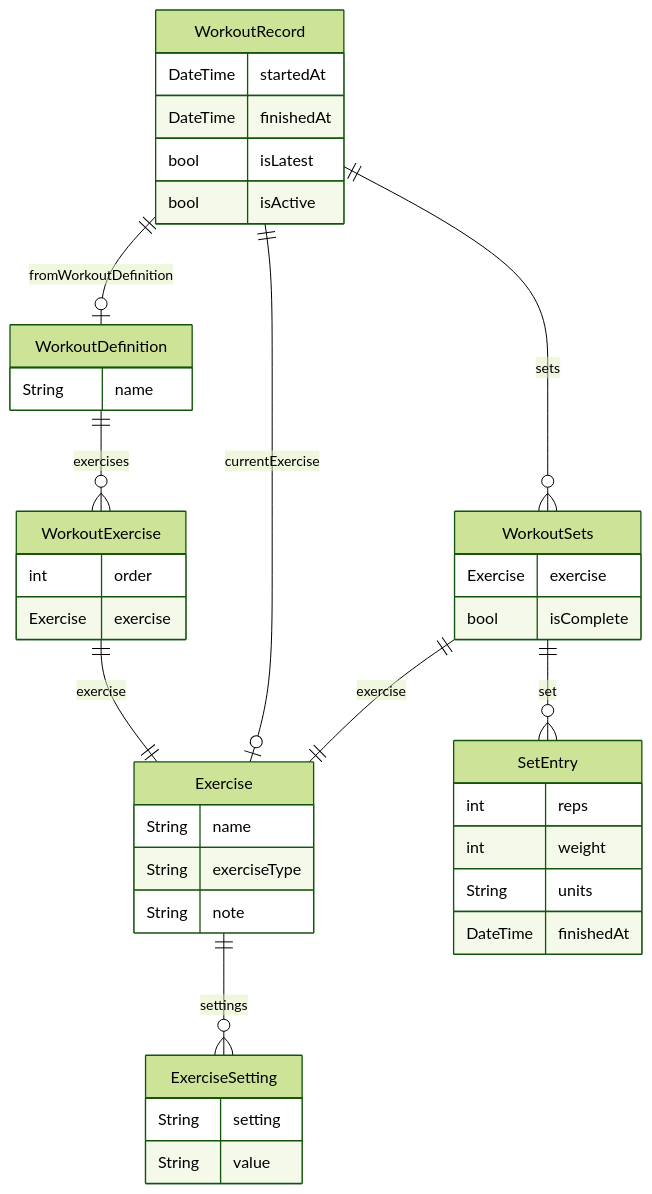
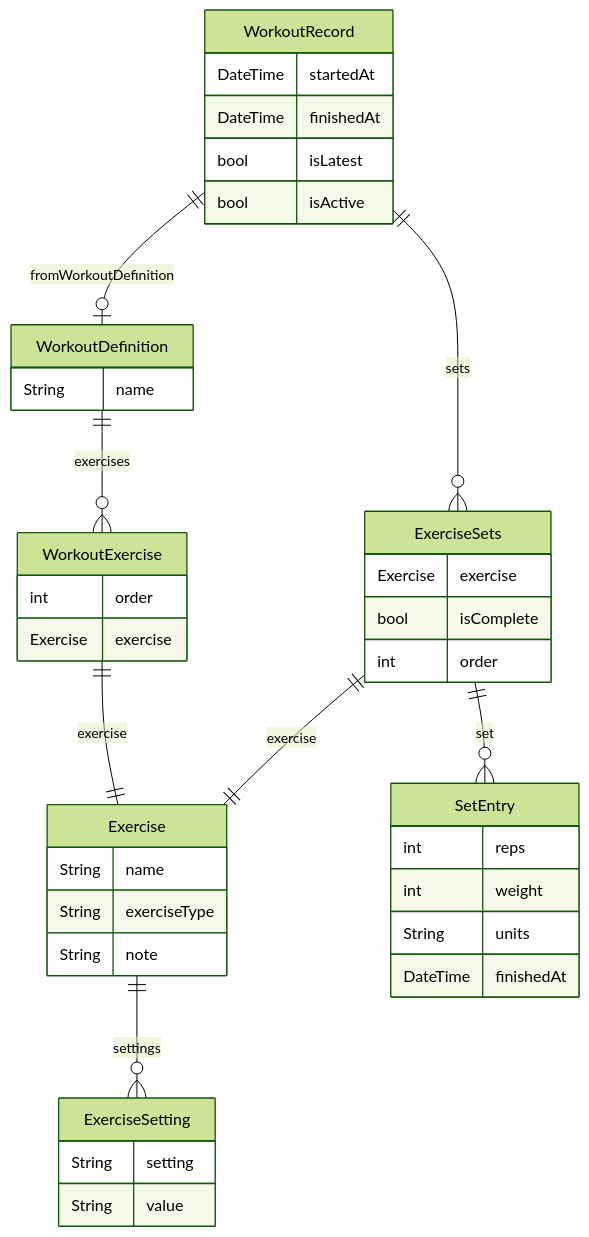
One commit to colin-young/workout-tracker changed the first of 2 diagrams in classes.md. Above: the diagram before and after it, drawn with Mermaid. The commit also changed 22 other files, not shown here.

````diff
--- a/classes.md
+++ b/classes.md
@@ -3,58 +3,58 @@
 ```mermaid
 ---
 config:
   theme: forest
   er:
     layoutDirection: TB
 ---
 erDiagram
 
     Exercise ||--o{ ExerciseSetting : settings
     WorkoutExercise ||--|| Exercise : exercise
     WorkoutDefinition ||--o{ WorkoutExercise : exercises
-    WorkoutSets ||--|| Exercise : exercise
-    WorkoutSets ||--o{ SetEntry : set
+    ExerciseSets ||--|| Exercise : exercise
+    ExerciseSets ||--o{ SetEntry : set
     WorkoutRecord ||--o| WorkoutDefinition : fromWorkoutDefinition
-    WorkoutRecord ||--o| Exercise : currentExercise
-    WorkoutRecord ||--o{ WorkoutSets : sets
+    WorkoutRecord ||--o{ ExerciseSets : sets
 
     ExerciseSetting {
         String setting
         String value
     }
 
     Exercise {
         String name
         String exerciseType
         String note
     }
 
     SetEntry {
         int reps
         int weight
         String units
         DateTime finishedAt
     }
 
     WorkoutExercise {
         int order
         Exercise exercise
     }
 
     WorkoutDefinition{
         String name
     }
 
-    WorkoutSets {
+    ExerciseSets {
         Exercise exercise
         bool isComplete
+        int order
     }
 
     WorkoutRecord {
         DateTime startedAt
         DateTime finishedAt
         bool isLatest
         bool isActive
     }
 
 ```
````
